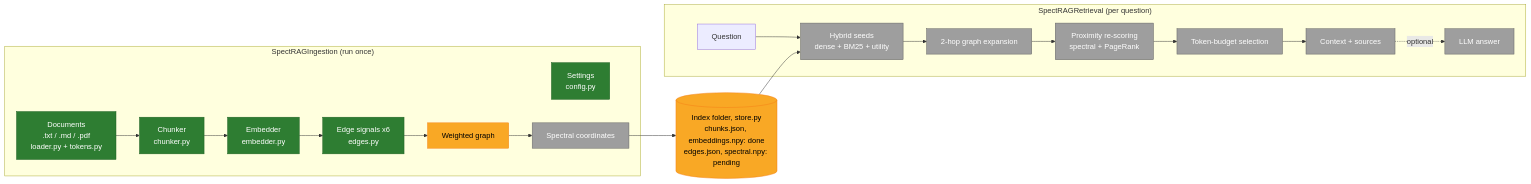
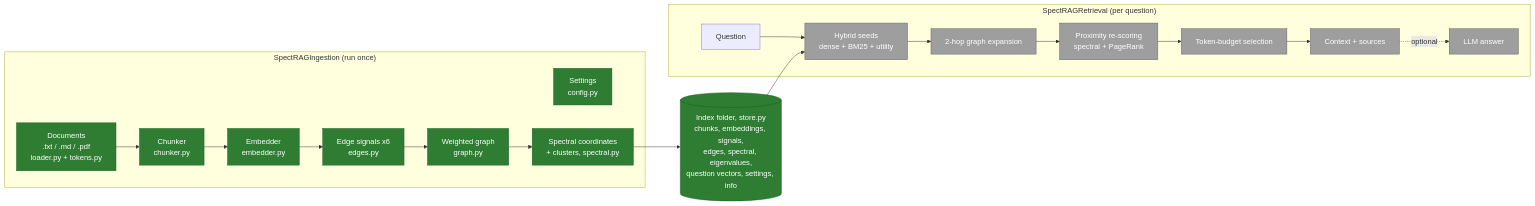
One commit to aion7891/Spect-RAG changed the first of 10 diagrams in README.md. Above: the diagram before and after it, drawn with Mermaid. The commit also changed other lines of this file and 9 other files, not shown here.

Commit message:
feat: Phase 6 – weighted chunk graph, spectral coordinates, clusters and SpectRAGIngestion

````diff
--- a/README.md
+++ b/README.md
@@ -150,24 +151,24 @@
 ```mermaid
 flowchart LR
     subgraph OFFLINE["SpectRAGIngestion (run once)"]
         S["Settings<br/>config.py"]:::done
         A["Documents<br/>.txt / .md / .pdf<br/>loader.py + tokens.py"]:::done --> B["Chunker<br/>chunker.py"]:::done
         B --> C["Embedder<br/>embedder.py"]:::done
         C --> D["Edge signals x6<br/>edges.py"]:::done
-        D --> E["Weighted graph"]:::doing
-        E --> F["Spectral coordinates"]:::todo
+        D --> E["Weighted graph<br/>graph.py"]:::done
+        E --> F["Spectral coordinates<br/>+ clusters, spectral.py"]:::done
     end
-    F --> G[("Index folder, store.py<br/>chunks.json, embeddings.npy: done<br/>edges.json, spectral.npy: pending")]:::doing
+    F --> G[("Index folder, store.py<br/>chunks, embeddings, signals,<br/>edges, spectral, eigenvalues,<br/>question vectors, settings, info")]:::done
     subgraph ONLINE["SpectRAGRetrieval (per question)"]
         H["Question"] --> I["Hybrid seeds<br/>dense + BM25 + utility"]:::todo
         I --> J["2-hop graph expansion"]:::todo
         J --> K["Proximity re-scoring<br/>spectral + PageRank"]:::todo
         K --> L["Token-budget selection"]:::todo
         L --> M["Context + sources"]:::todo
         M -.optional.-> N["LLM answer"]:::todo
     end
     G --> I
     classDef done fill:#2e7d32,color:#fff,stroke:#1b5e20
     classDef doing fill:#f9a825,color:#000,stroke:#f57f17
     classDef todo fill:#9e9e9e,color:#fff,stroke:#616161
 ```
````
